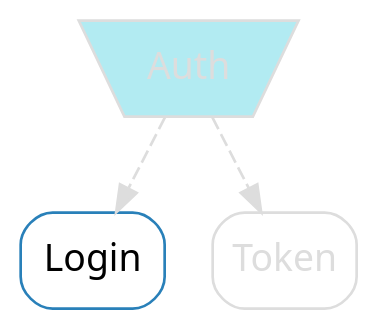
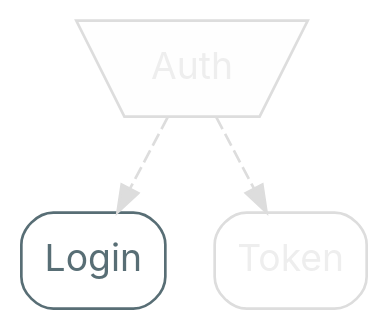
Before and after one commit to nrinaudo/optics-from-the-ground-up: the diagram in src/graphviz/auth-3.dot, drawn with Graphviz. The commit also changed 67 other files, not shown here.

```diff
--- a/src/graphviz/auth-3.dot
+++ b/src/graphviz/auth-3.dot
@@ -1,21 +1,18 @@
 digraph {
     bgcolor=transparent
 
     // Default theme
-    node[shape="rectangle" style="rounded,filled" color="#dddddd" fontname="Segoe UI,Roboto,Helvetica,Arial,sans-serif" fillcolor="#ffffff" fontcolor="#dddddd"]
-    edge [color="#dddddd" fontcolor="#dddddd"]
+    node[shape="rectangle" style="rounded,filled" color="#586E75" fillcolor="#ffffff" fontcolor="#586E75" fontname="Inter,Arial"]
+    edge[color="#586E75" fontcolor="#586E75" fontname="Inter,Arial" fontsize=11]
 
     // sum types
-    auth[shape=invtrapezium, style=filled fillcolor="#b2ebf2"]
+    auth[shape=invtrapezium, style=filled fillcolor="#FEFEFE"]
 
-    // Lit nodes
-    login[color="#2980B9", fontcolor="#000000"]
-
-    auth[label=Auth]
+    auth[label=Auth color="#dddddd" fontcolor="#eeeeee"]
 
     login[label=Login]
-    token[label=Token]
+    token[label=Token color="#dddddd" fontcolor="#eeeeee"]
 
-    auth -> token[style=dashed]
-    auth -> login[style=dashed]
+    auth -> token[style=dashed color="#dddddd" fontcolor="#dddddd"]
+    auth -> login[style=dashed color="#dddddd" fontcolor="#dddddd"]
 }
```
